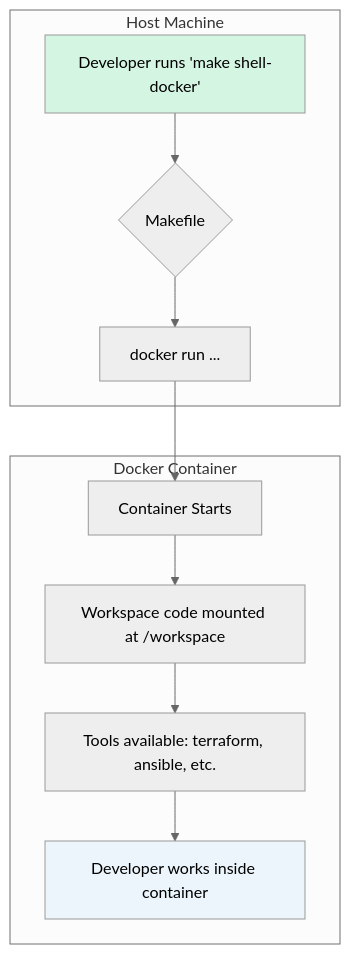
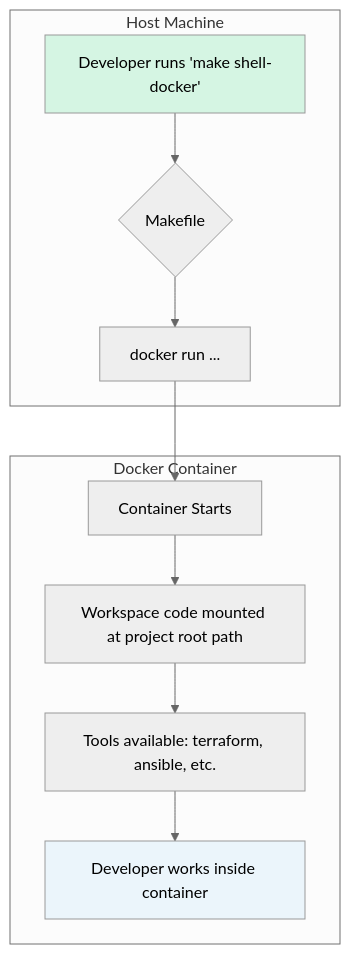
Before and after one commit to idoudali/ai-hyperscaler-on-workstation: the diagram in docs/design-docs/task-0.1-implementation-plan.md, drawn with Mermaid (neutral theme). The commit also changed 3 other files, not shown here.

First line of the commit message:
feat: Change container mount point from /workspace to PROJECT_ROOT

````diff
--- a/docs/design-docs/task-0.1-implementation-plan.md
+++ b/docs/design-docs/task-0.1-implementation-plan.md
@@ -79,18 +79,18 @@
 ```mermaid
 graph TD
     subgraph Host Machine
         A[Developer runs 'make shell-docker'] --> B{Makefile};
         B --> C[docker run ...];
     end
 
     subgraph Docker Container
-        D[Container Starts] --> E[Workspace code mounted at /workspace];
+        D[Container Starts] --> E[Workspace code mounted at project root path];
         E --> F[Tools available: terraform, ansible, etc.];
         F --> G[Developer works inside container];
     end
 
     C --> D;
 
     style A fill:#D5F5E3
     style G fill:#EBF5FB
 ```
````
